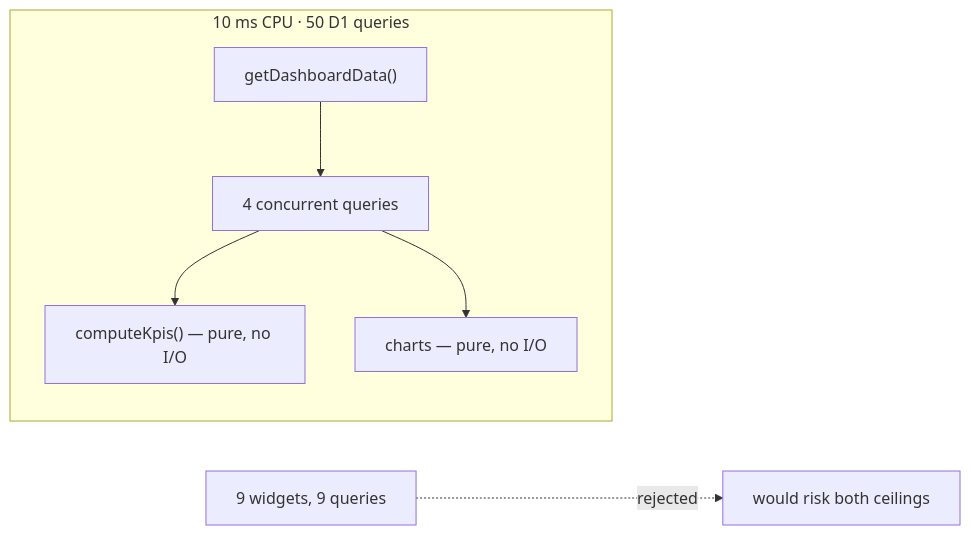
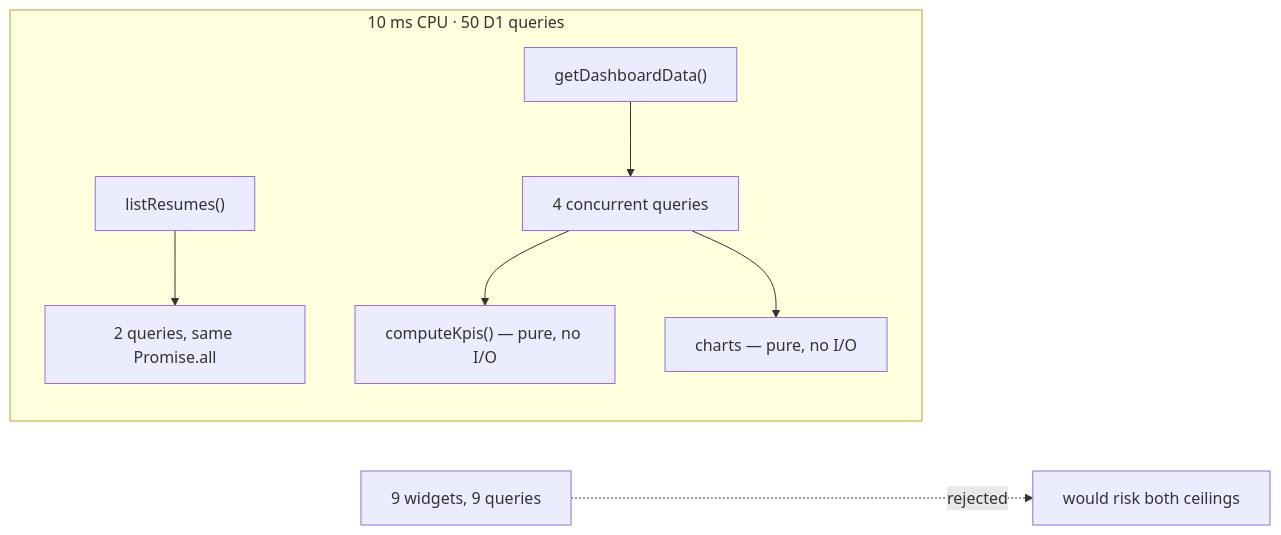
One commit to c0k0n/job-tracker changed the second of 5 diagrams in docs/free-tier-budget.md. Above: the diagram before and after it, drawn with Mermaid. The commit also changed other lines of this file and 45 other files, not shown here.

````diff
--- a/docs/free-tier-budget.md
+++ b/docs/free-tier-budget.md
@@ -51,10 +51,11 @@
 ```mermaid
 flowchart LR
     subgraph budget["10 ms CPU · 50 D1 queries"]
         direction TB
         A["getDashboardData()"] --> B["4 concurrent queries"]
+        A2["listResumes()"] --> B2["2 queries, same Promise.all"]
         B --> C["computeKpis() — pure, no I/O"]
         B --> D["charts — pure, no I/O"]
     end
     E["9 widgets, 9 queries"] -.->|"rejected"| F["would risk both ceilings"]
 ```
````
